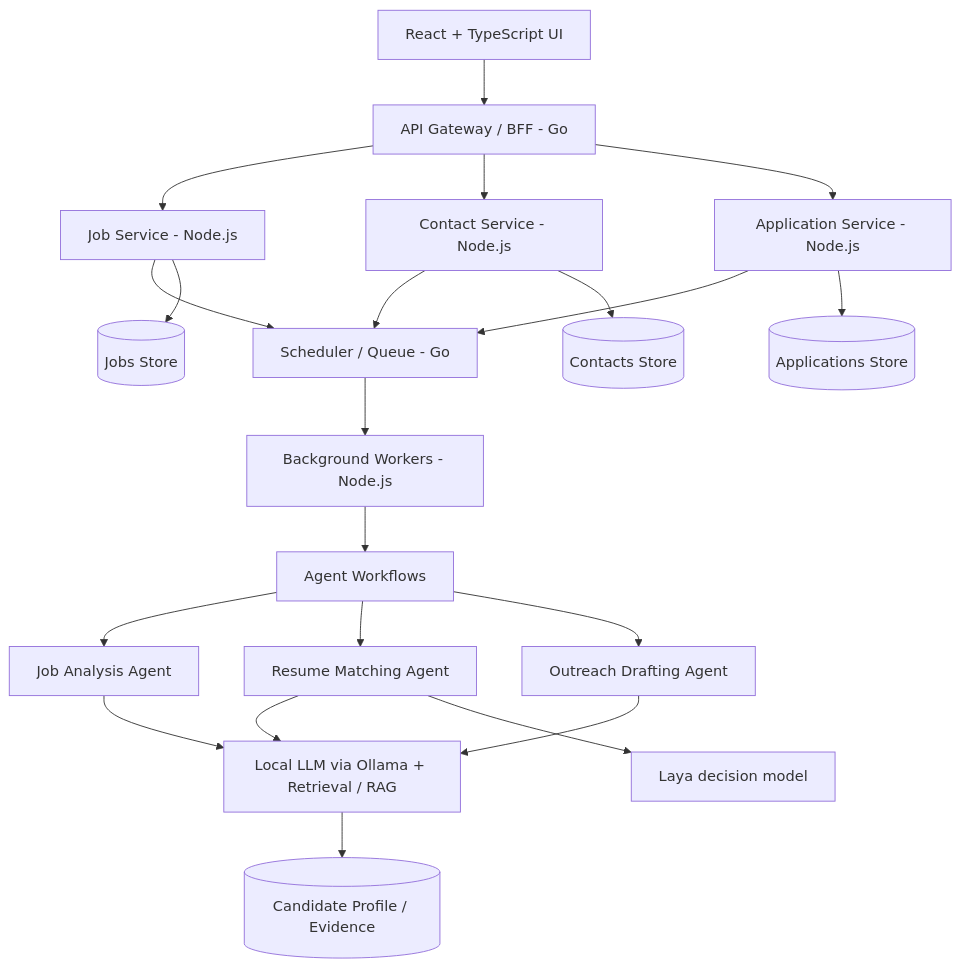
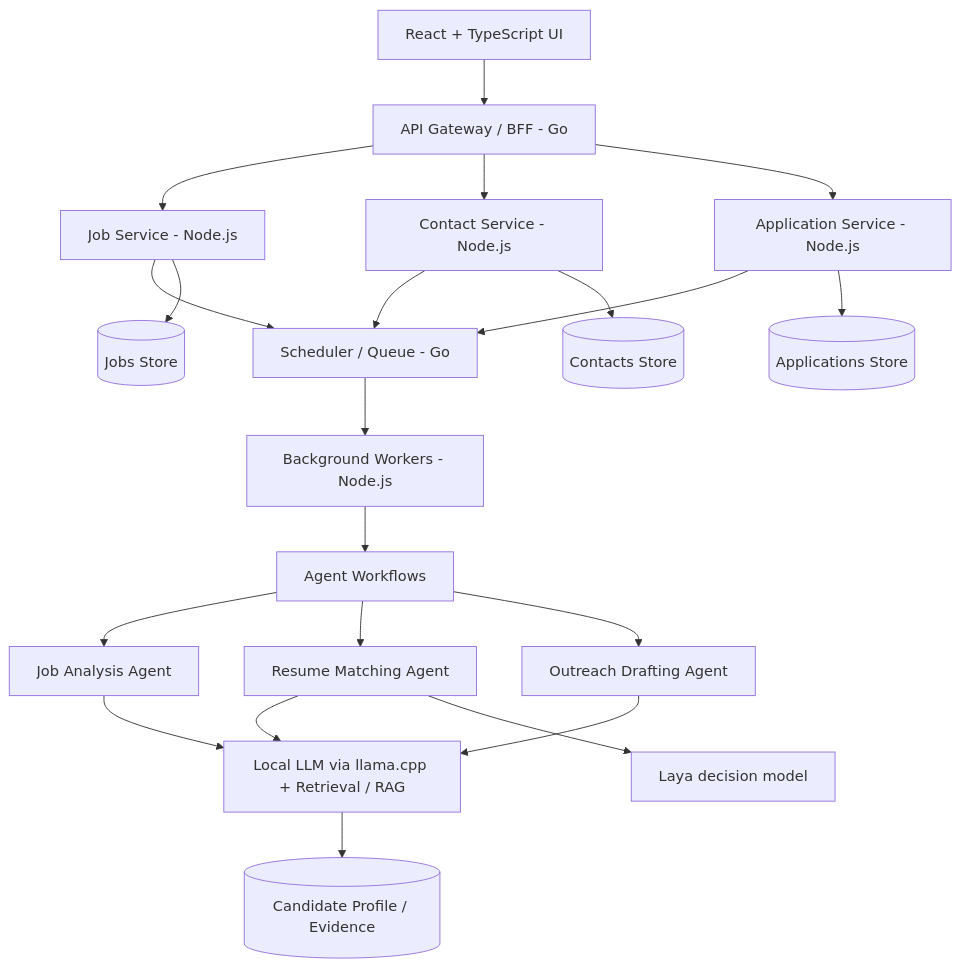
The diagram in README.md (anonymousHa04/JOBOPS), drawn with Mermaid before and after one commit. The commit also changed other lines of this file and 14 other files, not shown here.

First line of the commit message:
Retire Ollama: all local models on llama.cpp

````diff
--- a/README.md
+++ b/README.md
@@ -71,29 +71,29 @@
 ```mermaid
 flowchart TD
     UI[React + TypeScript UI] --> BFF[API Gateway / BFF - Go]
 
     BFF --> JOB[Job Service - Node.js]
     BFF --> CONTACT[Contact Service - Node.js]
     BFF --> APP[Application Service - Node.js]
 
     JOB --> QUEUE[Scheduler / Queue - Go]
     CONTACT --> QUEUE
     APP --> QUEUE
 
     QUEUE --> WORKERS[Background Workers - Node.js]
     WORKERS --> AGENTS[Agent Workflows]
 
     AGENTS --> JOBAGENT[Job Analysis Agent]
     AGENTS --> RESUMEAGENT[Resume Matching Agent]
     AGENTS --> OUTREACHAGENT[Outreach Drafting Agent]
 
-    JOBAGENT --> LLM[Local LLM via Ollama + Retrieval / RAG]
+    JOBAGENT --> LLM[Local LLM via llama.cpp + Retrieval / RAG]
     RESUMEAGENT --> LLM
     RESUMEAGENT --> DECIDE[Laya decision model]
     OUTREACHAGENT --> LLM
 
     JOB --> JOBDB[(Jobs Store)]
     CONTACT --> CONTACTDB[(Contacts Store)]
     APP --> APPDB[(Applications Store)]
     LLM --> PROFILE[(Candidate Profile / Evidence)]
 ```
````
